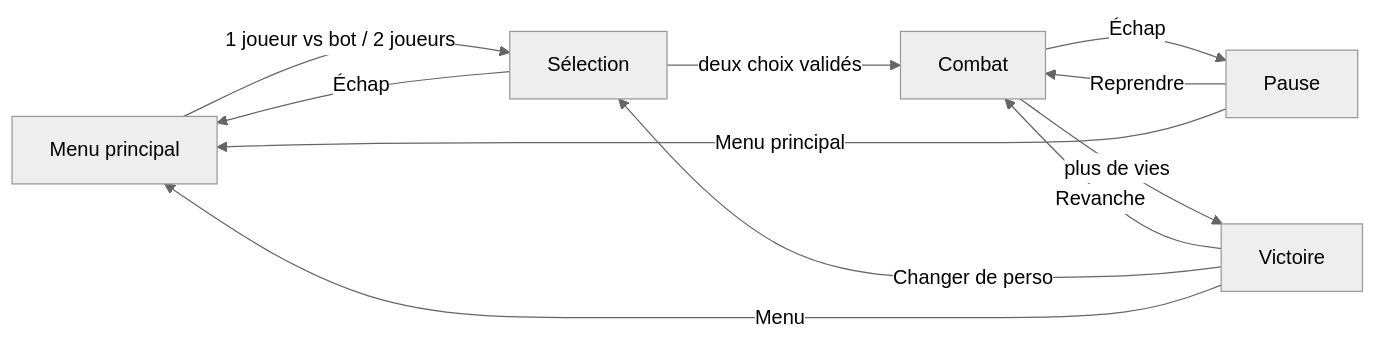
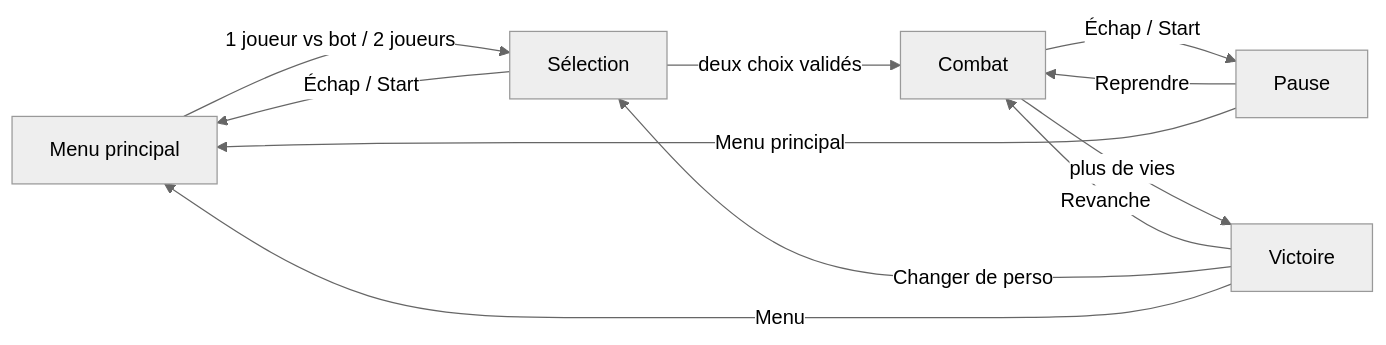
The diagram in docs/fonctionnel/04-ecrans.md (LucasLaurens/eco_clash), drawn with Mermaid (neutral theme) before and after one commit. The commit also changed other lines of this file and 27 other files, not shown here.

````diff
--- a/docs/fonctionnel/04-ecrans.md
+++ b/docs/fonctionnel/04-ecrans.md
@@ -5,13 +5,13 @@
 ```mermaid
 flowchart LR
     Menu[Menu principal] -->|1 joueur vs bot / 2 joueurs| Select[Sélection]
     Select -->|deux choix validés| Fight[Combat]
-    Select -->|Échap| Menu
-    Fight -->|Échap| Pause[Pause]
+    Select -->|Échap / Start| Menu
+    Fight -->|Échap / Start| Pause[Pause]
     Pause -->|Reprendre| Fight
     Pause -->|Menu principal| Menu
     Fight -->|plus de vies| Results[Victoire]
     Results -->|Revanche| Fight
     Results -->|Changer de perso| Select
     Results -->|Menu| Menu
 ```
````
